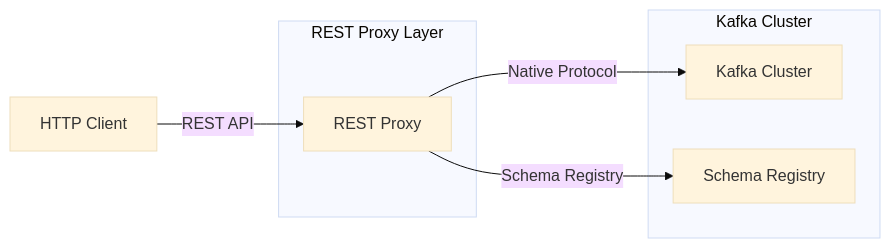
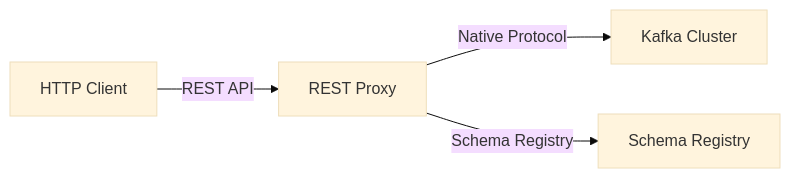
Before and after one commit to choesimin/choesimin.github.io: the diagram in collections/_notes/open-source/kafka/rest-proxy.md, drawn with Mermaid (base theme). The commit also changed other lines of this file and 6 other files, not shown here.

````diff
--- a/collections/_notes/open-source/kafka/rest-proxy.md
+++ b/collections/_notes/open-source/kafka/rest-proxy.md
@@ -45,15 +49,6 @@
 ```mermaid
 flowchart LR
-    A[HTTP Client] -->|REST API| B[REST Proxy]
-    B -->|Native Protocol| C[Kafka Cluster]
-    B -->|Schema Registry| D[Schema Registry]
-
-    subgraph "REST Proxy Layer"
-        B
-    end
-
-    subgraph "Kafka Cluster"
-        C
-        D
-    end
+    http_client[HTTP Client] -->|REST API| rest_proxy[REST Proxy]
+    rest_proxy -->|Native Protocol| kafka_cluster[Kafka Cluster]
+    rest_proxy -->|Schema Registry| schema_registry[Schema Registry]
 ```
````
